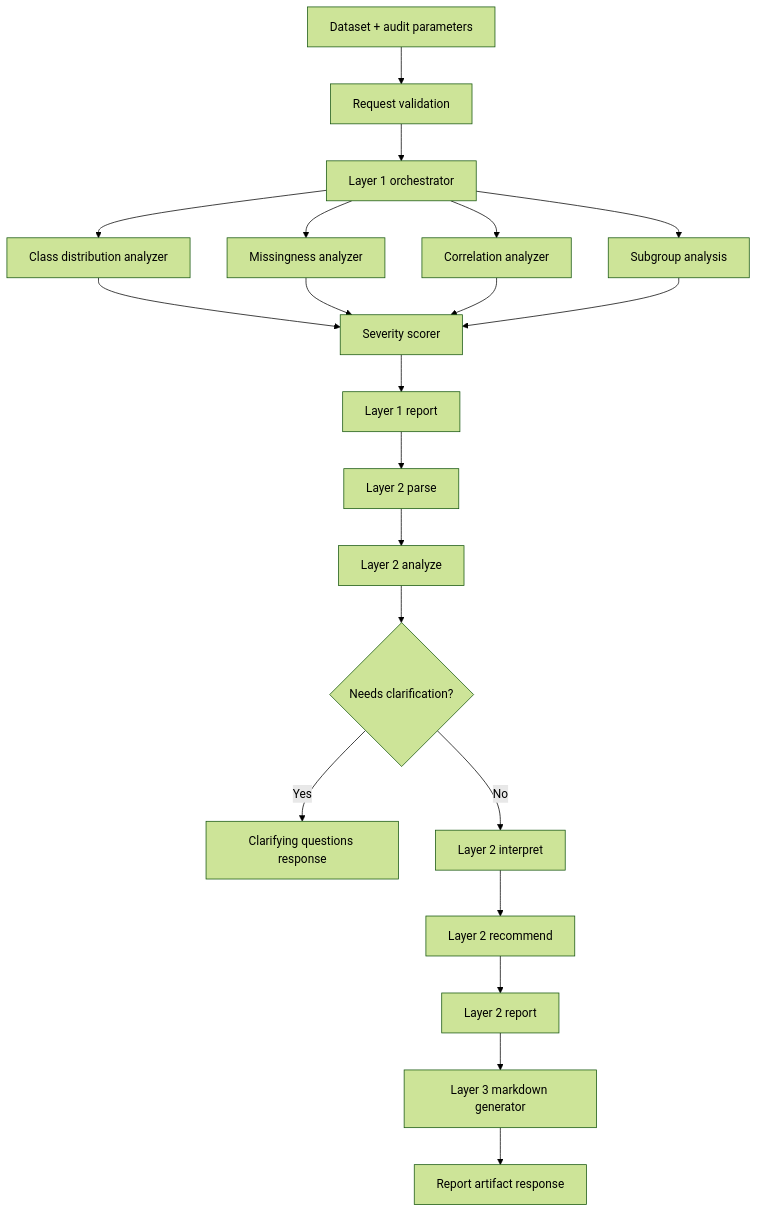
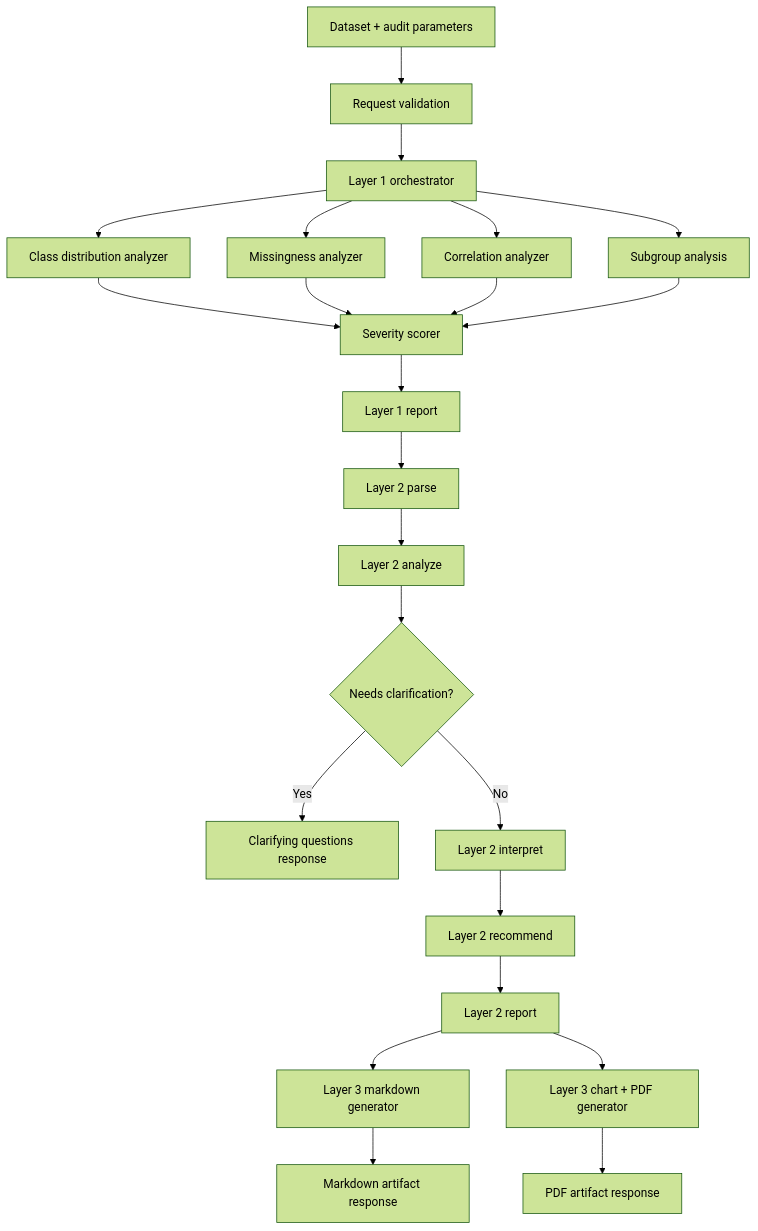
The diagram in ARCHITECTURE.md (haseebraza715/AuditLens), drawn with Mermaid (forest theme) before and after one commit. The commit also changed other lines of this file and 2 other files, not shown here.

Commit message:
docs: document layer3 phase-2 pdf and chart workflow

````diff
--- a/ARCHITECTURE.md
+++ b/ARCHITECTURE.md
@@ -41,23 +42,25 @@
 ```mermaid
 graph TD
     A["Dataset + audit parameters"] --> B["Request validation"]
     B --> C["Layer 1 orchestrator"]
     C --> D["Class distribution analyzer"]
     C --> E["Missingness analyzer"]
     C --> F["Correlation analyzer"]
     C --> G["Subgroup analysis"]
     D --> H["Severity scorer"]
     E --> H
     F --> H
     G --> H
     H --> I["Layer 1 report"]
     I --> J["Layer 2 parse"]
     J --> K["Layer 2 analyze"]
     K --> L{"Needs clarification?"}
     L -->|Yes| M["Clarifying questions response"]
     L -->|No| N["Layer 2 interpret"]
     N --> O["Layer 2 recommend"]
     O --> P["Layer 2 report"]
     P --> Q["Layer 3 markdown generator"]
-    Q --> R["Report artifact response"]
+    P --> S["Layer 3 chart + PDF generator"]
+    Q --> R["Markdown artifact response"]
+    S --> T["PDF artifact response"]
 ```
````
